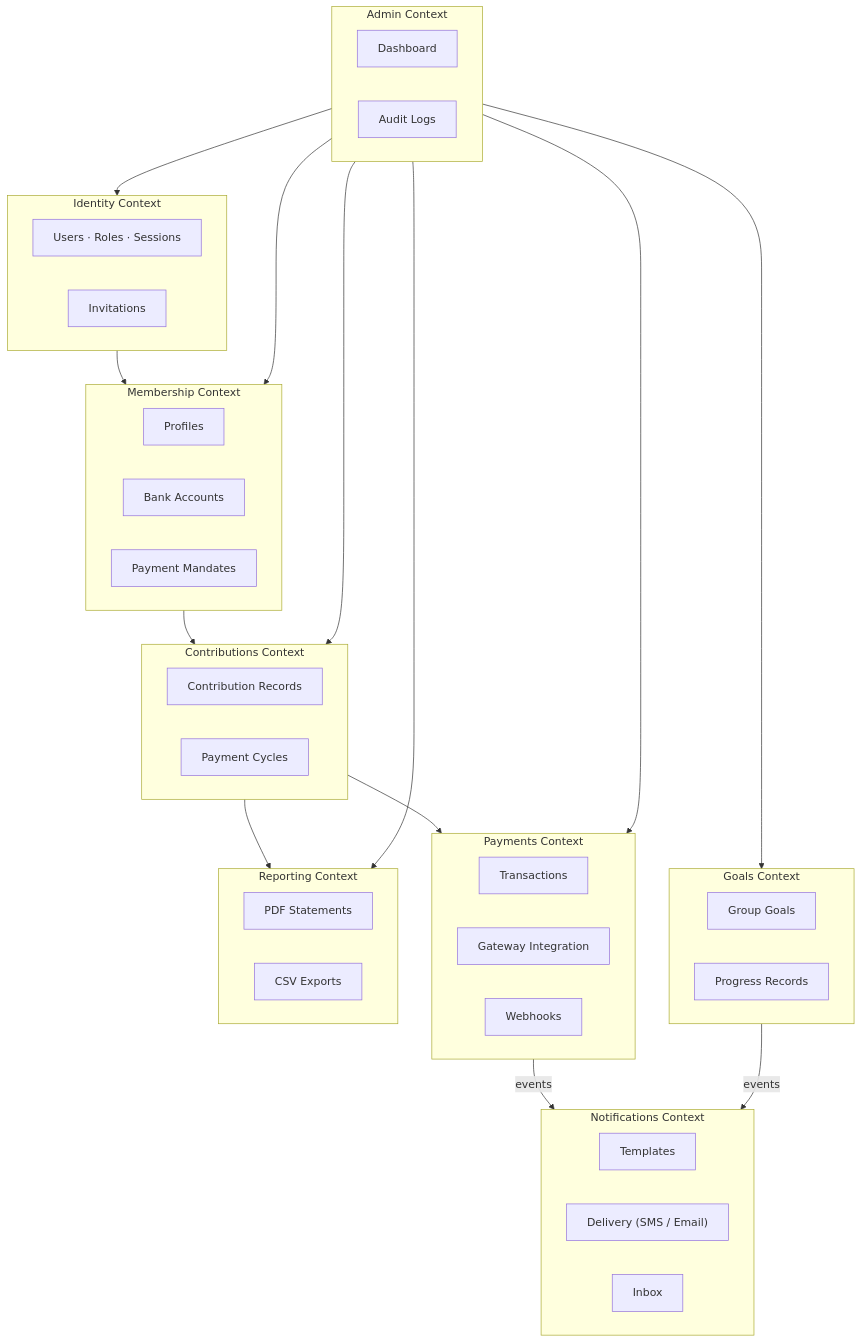
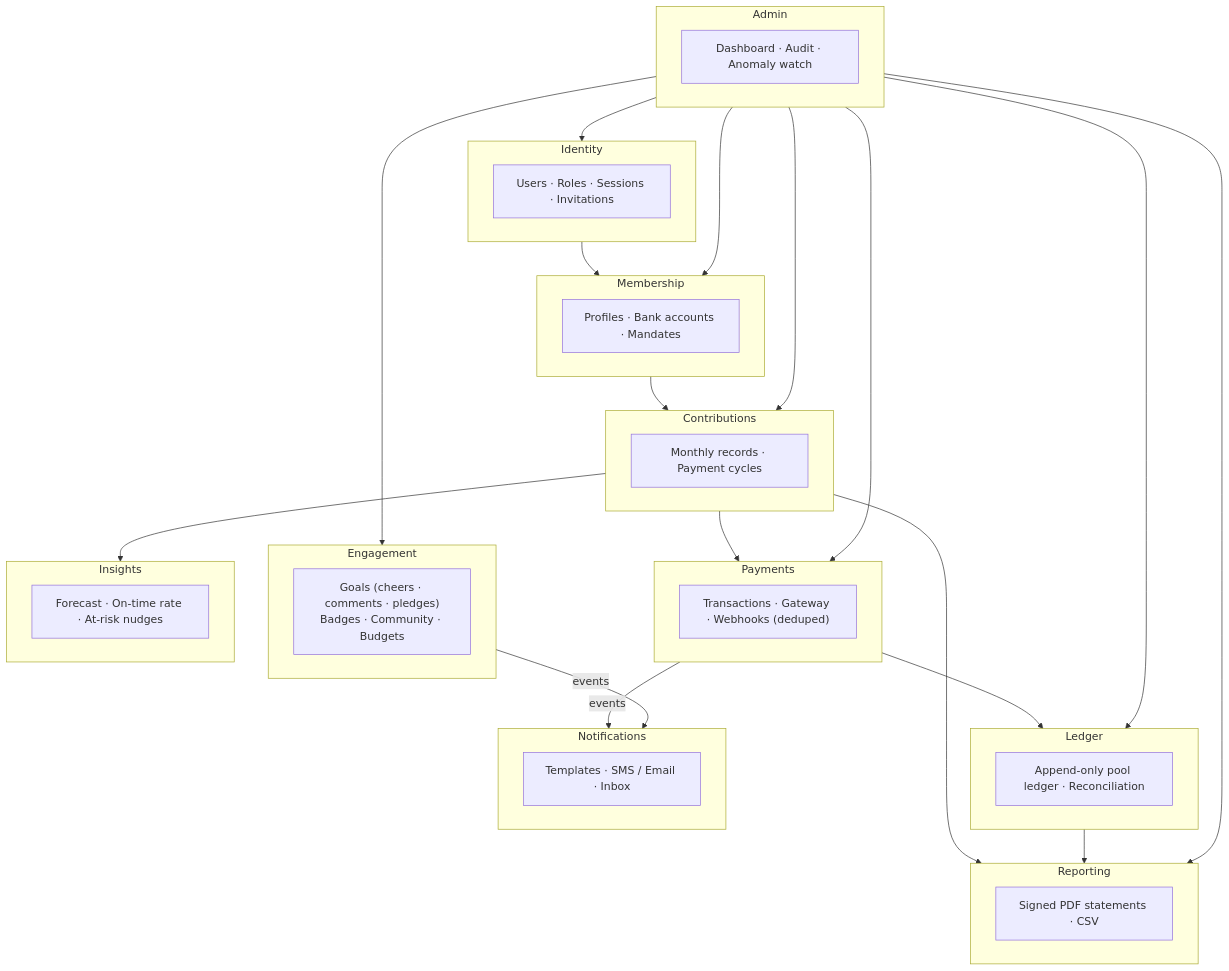
The first of 4 diagrams in docs/system-overview.md (KSDRILL-SA/Xkimi-Xa-Mali), drawn with Mermaid before and after one commit. The commit also changed other lines of this file and 2 other files, not shown here.

````diff
--- a/docs/system-overview.md
+++ b/docs/system-overview.md
@@ -43,53 +39,41 @@
 ```mermaid
 flowchart TD
-    subgraph IDENTITY["Identity Context"]
-        ID_U["Users · Roles · Sessions"]
-        ID_I["Invitations"]
+    subgraph IDENTITY["Identity"]
+        ID["Users · Roles · Sessions · Invitations"]
+    end
+    subgraph MEMBERSHIP["Membership"]
+        MEM["Profiles · Bank accounts · Mandates"]
+    end
+    subgraph CONTRIB["Contributions"]
+        CON["Monthly records · Payment cycles"]
+    end
+    subgraph PAYMENTS["Payments"]
+        PAY["Transactions · Gateway · Webhooks (deduped)"]
+    end
+    subgraph LEDGER["Ledger"]
+        LED["Append-only pool ledger · Reconciliation"]
+    end
+    subgraph ENGAGE["Engagement"]
+        ENG["Goals (cheers · comments · pledges)<br/>Badges · Community · Budgets"]
+    end
+    subgraph INSIGHT["Insights"]
+        INS["Forecast · On-time rate · At-risk nudges"]
+    end
+    subgraph NOTIFY["Notifications"]
+        NOT["Templates · SMS / Email · Inbox"]
+    end
+    subgraph REPORT["Reporting"]
+        REP["Signed PDF statements · CSV"]
+    end
+    subgraph ADMIN["Admin"]
+        ADM["Dashboard · Audit · Anomaly watch"]
     end
 
-    subgraph MEMBERSHIP["Membership Context"]
-        MEM_P["Profiles"]
-        MEM_B["Bank Accounts"]
-        MEM_M["Payment Mandates"]
-    end
-
-    subgraph CONTRIBUTIONS["Contributions Context"]
-        CON_C["Contribution Records"]
-        CON_CY["Payment Cycles"]
-    end
-
-    subgraph PAYMENTS["Payments Context"]
-        PAY_T["Transactions"]
-        PAY_G["Gateway Integration"]
-        PAY_W["Webhooks"]
-    end
-
-    subgraph GOALS["Goals Context"]
-        GOA_G["Group Goals"]
-        GOA_P["Progress Records"]
-    end
-
-    subgraph NOTIFICATIONS["Notifications Context"]
-        NOT_T["Templates"]
-        NOT_N["Delivery (SMS / Email)"]
-        NOT_IN["Inbox"]
-    end
-
-    subgraph REPORTING["Reporting Context"]
-        REP_S["PDF Statements"]
-        REP_E["CSV Exports"]
-    end
-
-    subgraph ADMIN["Admin Context"]
-        ADM_D["Dashboard"]
-        ADM_A["Audit Logs"]
-    end
-
-    IDENTITY --> MEMBERSHIP
-    MEMBERSHIP --> CONTRIBUTIONS
-    CONTRIBUTIONS --> PAYMENTS
-    PAYMENTS -->|"events"| NOTIFICATIONS
-    GOALS -->|"events"| NOTIFICATIONS
-    CONTRIBUTIONS --> REPORTING
-    ADMIN --> IDENTITY & MEMBERSHIP & CONTRIBUTIONS & PAYMENTS & GOALS & REPORTING
+    IDENTITY --> MEMBERSHIP --> CONTRIB --> PAYMENTS --> LEDGER
+    PAYMENTS -->|events| NOTIFY
+    ENGAGE -->|events| NOTIFY
+    CONTRIB --> INSIGHT
+    CONTRIB --> REPORT
+    LEDGER --> REPORT
+    ADMIN --> IDENTITY & MEMBERSHIP & CONTRIB & PAYMENTS & LEDGER & ENGAGE & REPORT
 ```
````
